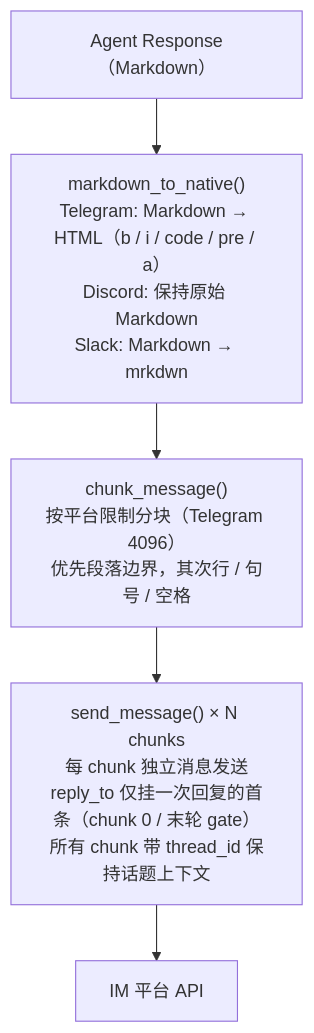
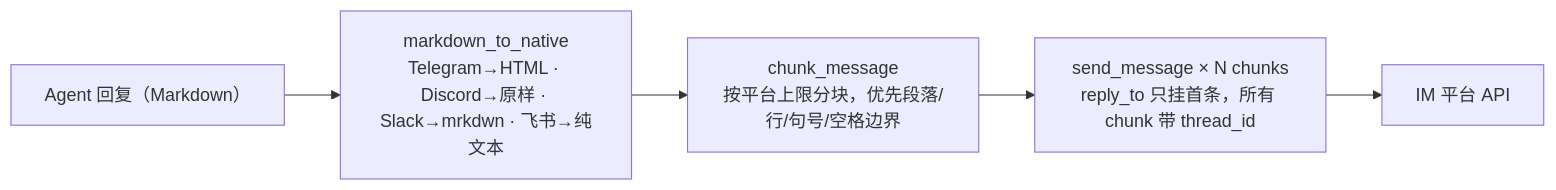
The fourth of 10 diagrams in docs/architecture/im-channel.md (shiwenwen/hope-agent), drawn with Mermaid before and after one commit. The commit also changed other lines of this file and 1 other file, not shown here.

````diff
--- a/docs/architecture/im-channel.md
+++ b/docs/architecture/im-channel.md
@@ -420,10 +402,9 @@
 ```mermaid
-flowchart TD
-    RESP["Agent Response（Markdown）"]
-    CONV["markdown_to_native()<br/>Telegram: Markdown → HTML（b / i / code / pre / a）<br/>Discord: 保持原始 Markdown<br/>Slack: Markdown → mrkdwn"]
-    CHUNK["chunk_message()<br/>按平台限制分块（Telegram 4096）<br/>优先段落边界，其次行 / 句号 / 空格"]
-    SEND["send_message() × N chunks<br/>每 chunk 独立消息发送<br/>reply_to 仅挂一次回复的首条（chunk 0 / 末轮 gate）<br/>所有 chunk 带 thread_id 保持话题上下文"]
+flowchart LR
+    RESP["Agent 回复（Markdown）"]
+    CONV["markdown_to_native<br/>Telegram→HTML · Discord→原样 · Slack→mrkdwn · 飞书→纯文本"]
+    CHUNK["chunk_message<br/>按平台上限分块，优先段落/行/句号/空格边界"]
+    SEND["send_message × N chunks<br/>reply_to 只挂首条，所有 chunk 带 thread_id"]
     API["IM 平台 API"]
-
     RESP --> CONV --> CHUNK --> SEND --> API
 ```
````
